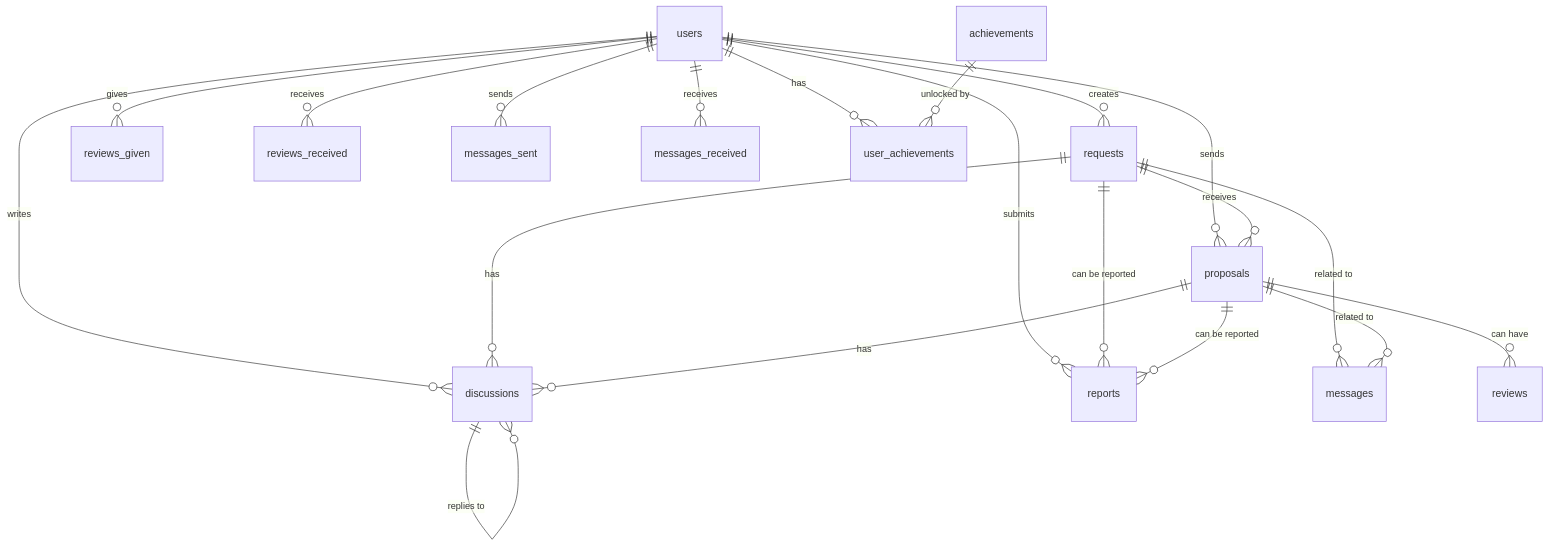
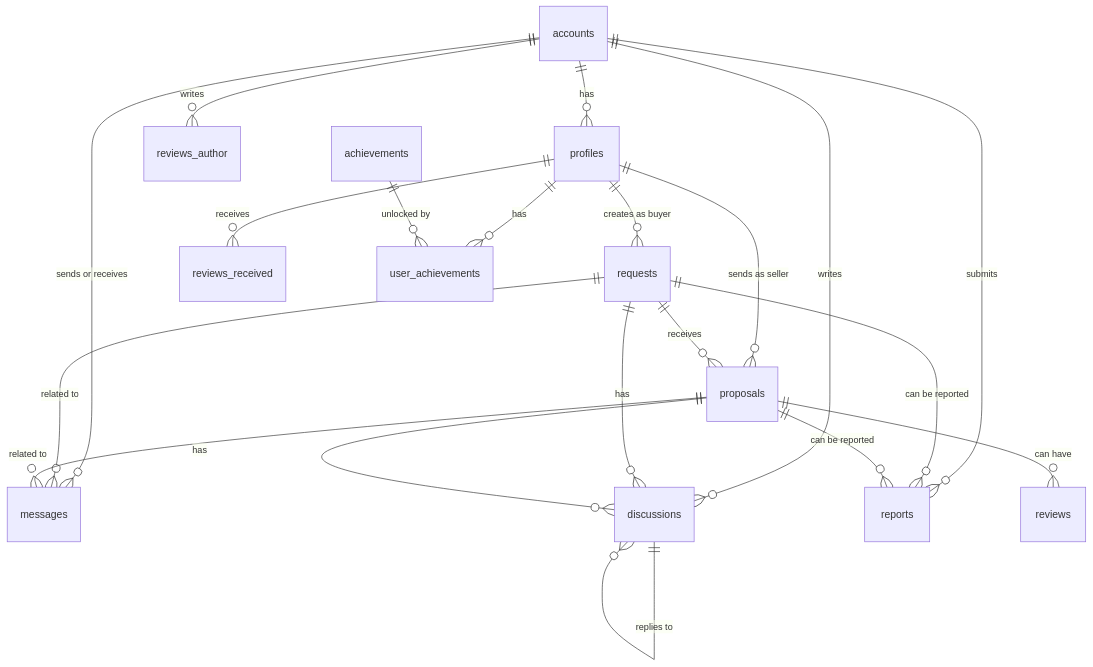
The diagram in docs/05-database.md (AndriiMelnikk/hochu_nest), drawn with Mermaid before and after one commit. The commit also changed other lines of this file and 19 other files, not shown here.

````diff
--- a/docs/05-database.md
+++ b/docs/05-database.md
@@ -5,26 +5,26 @@
 ```mermaid
 erDiagram
-    users ||--o{ requests : "creates"
-    users ||--o{ proposals : "sends"
-    users ||--o{ reviews_given : "gives"
-    users ||--o{ reviews_received : "receives"
-    users ||--o{ messages_sent : "sends"
-    users ||--o{ messages_received : "receives"
-    users ||--o{ discussions : "writes"
-    users ||--o{ reports : "submits"
-    users ||--o{ user_achievements : "has"
+    accounts ||--o{ profiles : "has"
+    profiles ||--o{ requests : "creates as buyer"
+    profiles ||--o{ proposals : "sends as seller"
+    accounts ||--o{ reviews_author : "writes"
+    profiles ||--o{ reviews_received : "receives"
+    accounts ||--o{ messages : "sends or receives"
+    accounts ||--o{ discussions : "writes"
+    accounts ||--o{ reports : "submits"
+    profiles ||--o{ user_achievements : "has"
 
     requests ||--o{ proposals : "receives"
     requests ||--o{ discussions : "has"
     requests ||--o{ reports : "can be reported"
     requests ||--o{ messages : "related to"
 
     proposals ||--o{ discussions : "has"
     proposals ||--o{ reports : "can be reported"
     proposals ||--o{ reviews : "can have"
     proposals ||--o{ messages : "related to"
 
     achievements ||--o{ user_achievements : "unlocked by"
 
     discussions ||--o{ discussions : "replies to"
 ```
````
